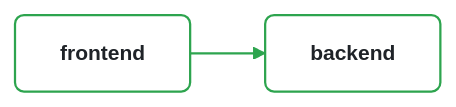
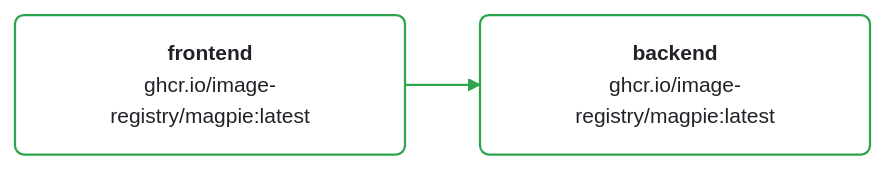
Before and after one commit to nithyatsu/prototype-enhanced: the diagram in README.md, drawn with Mermaid. The commit also changed other lines of this file and 1 other file, not shown here.

Commit message:
docs: update architecture diagram [automated]

````diff
--- a/README.md
+++ b/README.md
@@ -29,13 +30,13 @@
 ```mermaid
 %%{ init: { 'theme': 'base', 'themeVariables': { 'primaryColor': '#ffffff', 'primaryTextColor': '#1f2328', 'primaryBorderColor': '#d1d9e0', 'lineColor': '#2da44e', 'secondaryColor': '#f6f8fa', 'tertiaryColor': '#ffffff', 'background': '#ffffff', 'mainBkg': '#ffffff', 'nodeBorder': '#d1d9e0', 'clusterBkg': '#f6f8fa', 'clusterBorder': '#d1d9e0', 'fontSize': '14px', 'fontFamily': '-apple-system, BlinkMacSystemFont, Segoe UI, Noto Sans, Helvetica, Arial, sans-serif' } } }%%
 graph LR
     classDef container fill:#ffffff,stroke:#2da44e,stroke-width:1.5px,color:#1f2328,rx:6,ry:6
     classDef datastore fill:#ffffff,stroke:#d4a72c,stroke-width:1.5px,color:#1f2328,rx:6,ry:6
     classDef other fill:#ffffff,stroke:#d1d9e0,stroke-width:1.5px,color:#1f2328,rx:6,ry:6
-    backend["<b>backend</b>"]:::container
-    frontend["<b>frontend</b>"]:::container
+    backend["<b>backend</b><br/><span style="color:#656d76">ghcr.io/image-registry/magpie:latest</span>"]:::container
+    frontend["<b>frontend</b><br/><span style="color:#656d76">ghcr.io/image-registry/magpie:latest</span>"]:::container
     frontend --> backend
     click backend href "https://github.com/nithyatsu/prototype-enhanced/blob/main/app.bicep#L50" "app.bicep:50" _blank
     click frontend href "https://github.com/nithyatsu/prototype-enhanced/blob/main/app.bicep#L23" "app.bicep:23" _blank
     linkStyle 0 stroke:#2da44e,stroke-width:1.5px
 ```
````
